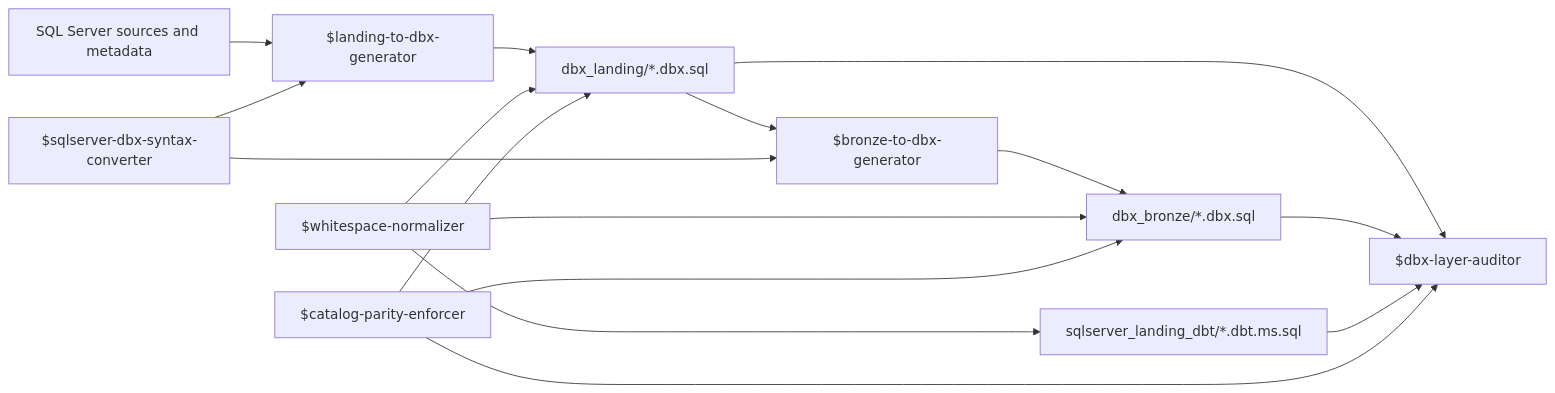
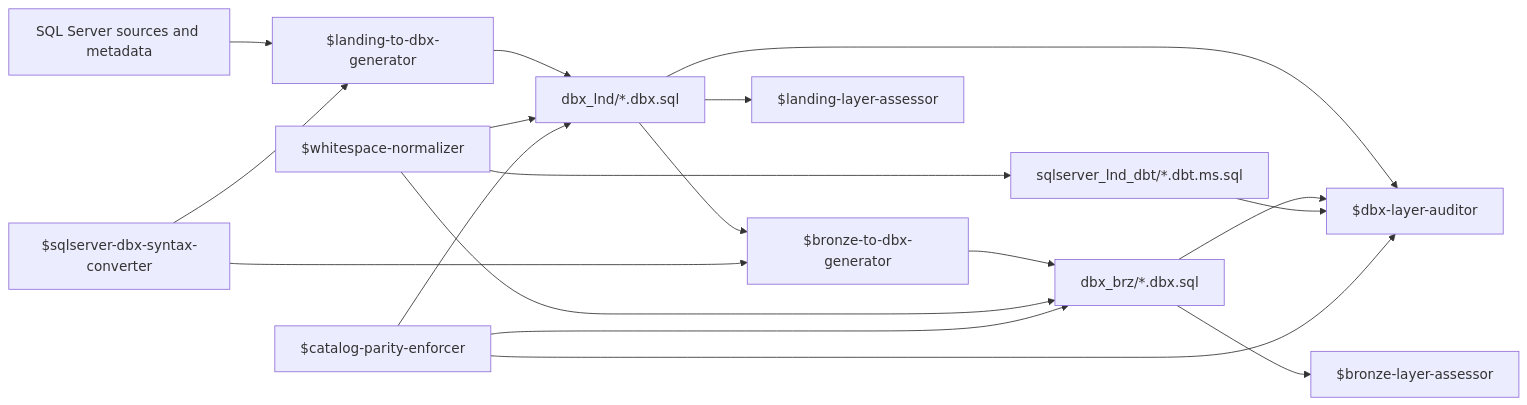
Before and after one commit to enriqueescobar-it/bbank_dw: the second of 2 diagrams in README.md, drawn with Mermaid. The commit also changed other lines of this file and 13 other files, not shown here.

````diff
--- a/README.md
+++ b/README.md
@@ -108,18 +112,20 @@
 ```mermaid
 flowchart LR
     A["SQL Server sources and metadata"] --> B["$landing-to-dbx-generator"]
-    B --> C["dbx_landing/*.dbx.sql"]
+    B --> C["dbx_lnd/*.dbx.sql"]
     C --> D["$bronze-to-dbx-generator"]
-    D --> E["dbx_bronze/*.dbx.sql"]
+    D --> E["dbx_brz/*.dbx.sql"]
     F["$sqlserver-dbx-syntax-converter"] --> B
     F --> D
     C --> G["$dbx-layer-auditor"]
     E --> G
-    H["sqlserver_landing_dbt/*.dbt.ms.sql"] --> G
+    C --> K["$landing-layer-assessor"]
+    E --> L["$bronze-layer-assessor"]
+    H["sqlserver_lnd_dbt/*.dbt.ms.sql"] --> G
     I["$whitespace-normalizer"] --> C
     I --> E
     I --> H
     J["$catalog-parity-enforcer"] --> C
     J --> E
     J --> G
 ```
````
